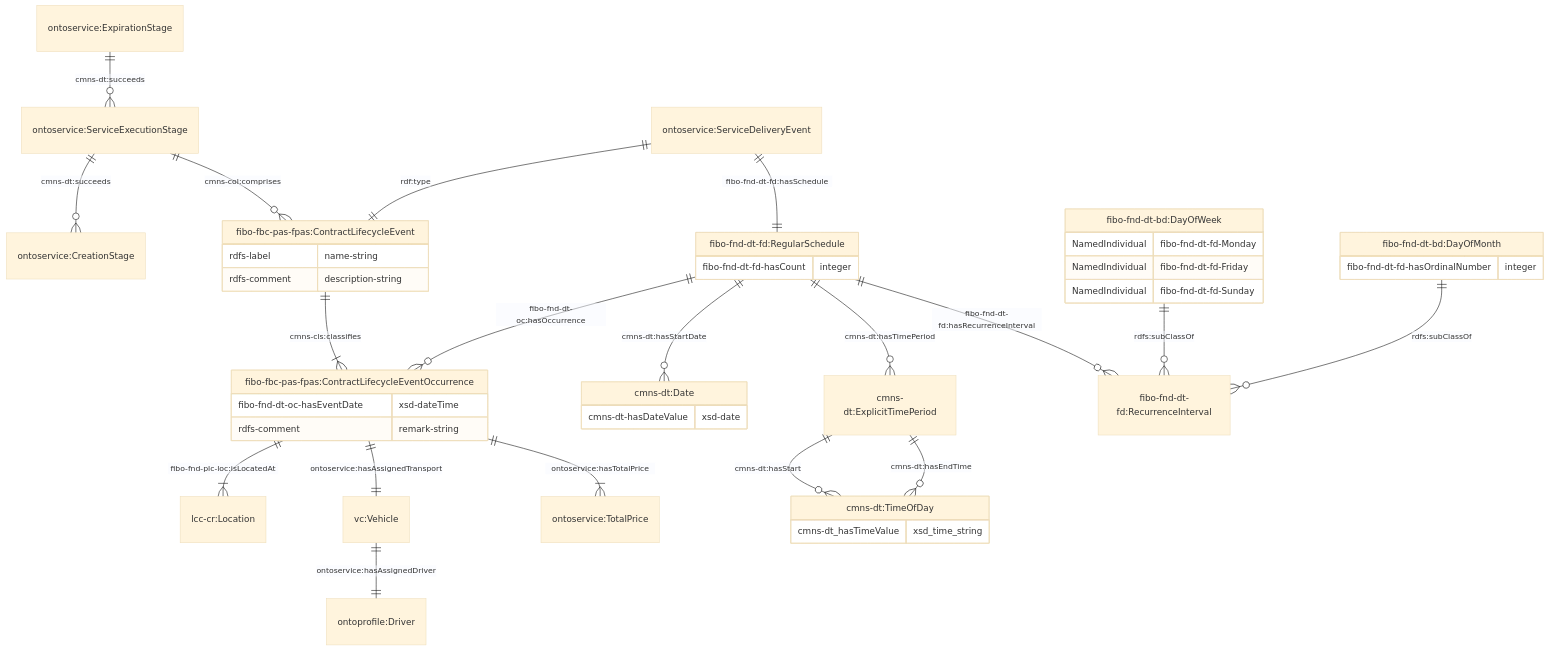
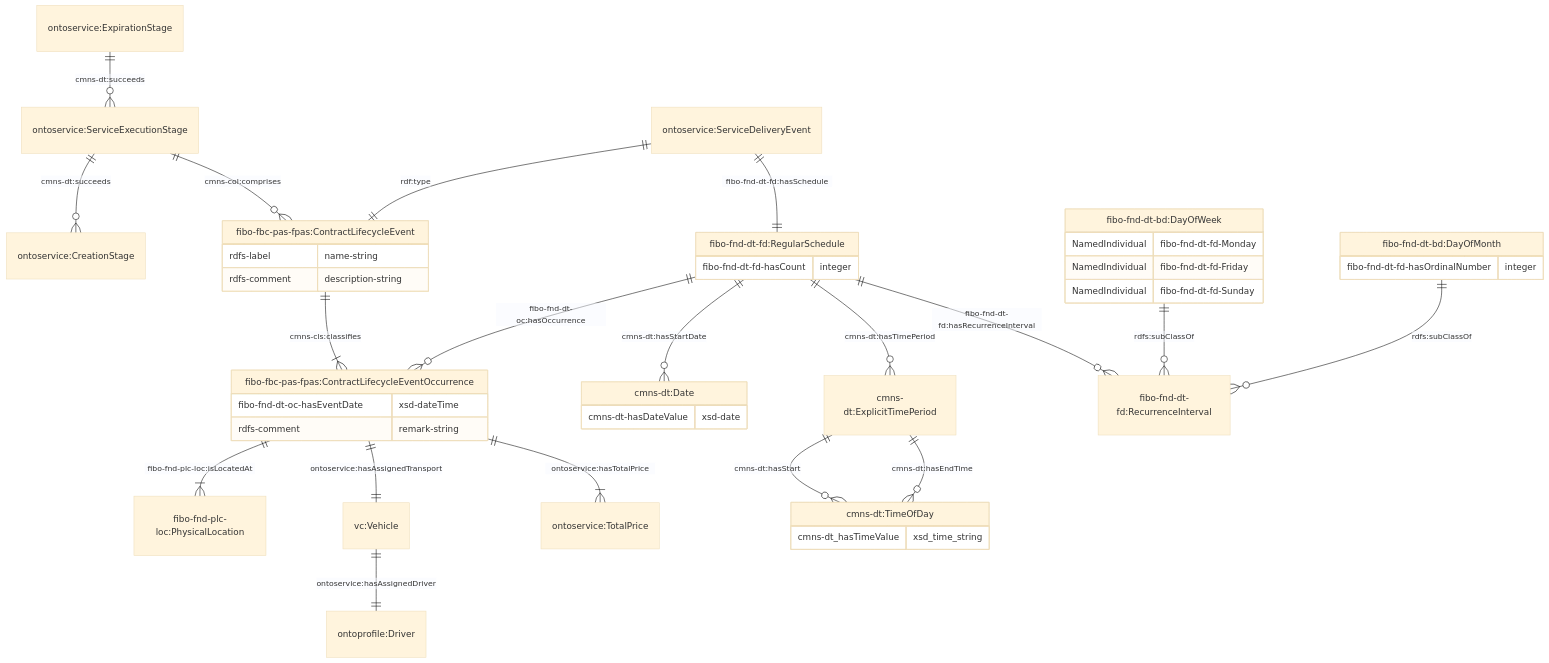
The seventh of 8 diagrams in JPS_Ontology/ontology/ontoservice/README.md (cambridge-cares/TheWorldAvatar), drawn with Mermaid (base theme) before and after one commit. The commit also changed other lines of this file and 1 other file, not shown here.

Commit message:
dev-ontowastemanagement: Update to use physical location instead of location

````diff
--- a/JPS_Ontology/ontology/ontoservice/README.md
+++ b/JPS_Ontology/ontology/ontoservice/README.md
@@ -256,48 +262,48 @@
 ```mermaid
     erDiagram
     "ontoservice:ServiceExecutionStage" ||--o{ "ontoservice:CreationStage" : "cmns-dt:succeeds"
     "ontoservice:ExpirationStage" ||--o{ "ontoservice:ServiceExecutionStage" : "cmns-dt:succeeds"
     "ontoservice:ServiceExecutionStage" ||--o{ "fibo-fbc-pas-fpas:ContractLifecycleEvent" : "cmns-col:comprises"
     "fibo-fbc-pas-fpas:ContractLifecycleEvent" {
         rdfs-label name-string
         rdfs-comment description-string
     }
     "ontoservice:ServiceDeliveryEvent" ||--|| "fibo-fbc-pas-fpas:ContractLifecycleEvent" : "rdf:type"
     "ontoservice:ServiceDeliveryEvent" ||--|| "fibo-fnd-dt-fd:RegularSchedule" : "fibo-fnd-dt-fd:hasSchedule"
     "fibo-fnd-dt-fd:RegularSchedule" ||--o{ "fibo-fbc-pas-fpas:ContractLifecycleEventOccurrence" : "fibo-fnd-dt-oc:hasOccurrence"
     "fibo-fnd-dt-fd:RegularSchedule" {
         fibo-fnd-dt-fd-hasCount integer
     }
 
     "fibo-fnd-dt-fd:RegularSchedule" ||--o{ "cmns-dt:Date" : "cmns-dt:hasStartDate"
     "cmns-dt:Date" {
         cmns-dt-hasDateValue xsd-date
     }
     "fibo-fnd-dt-fd:RegularSchedule" ||--o{ "cmns-dt:ExplicitTimePeriod" : "cmns-dt:hasTimePeriod"
     "cmns-dt:ExplicitTimePeriod" ||--o{ "cmns-dt:TimeOfDay" : "cmns-dt:hasStart"
     "cmns-dt:ExplicitTimePeriod" ||--o{ "cmns-dt:TimeOfDay" : "cmns-dt:hasEndTime"
     "cmns-dt:TimeOfDay" {
         cmns-dt_hasTimeValue xsd_time_string
     }
     "fibo-fnd-dt-fd:RegularSchedule" ||--o{ "fibo-fnd-dt-fd:RecurrenceInterval" : "fibo-fnd-dt-fd:hasRecurrenceInterval"
     "fibo-fnd-dt-bd:DayOfWeek" ||--o{ "fibo-fnd-dt-fd:RecurrenceInterval" : "rdfs:subClassOf"
     "fibo-fnd-dt-bd:DayOfWeek" {
         NamedIndividual fibo-fnd-dt-fd-Monday
         NamedIndividual fibo-fnd-dt-fd-Friday
         NamedIndividual fibo-fnd-dt-fd-Sunday
     }
     "fibo-fnd-dt-bd:DayOfMonth" ||--o{ "fibo-fnd-dt-fd:RecurrenceInterval" : "rdfs:subClassOf"
     "fibo-fnd-dt-bd:DayOfMonth" {
         fibo-fnd-dt-fd-hasOrdinalNumber integer
     }
 
     "fibo-fbc-pas-fpas:ContractLifecycleEvent" ||--|{ "fibo-fbc-pas-fpas:ContractLifecycleEventOccurrence" : "cmns-cls:classifies"
-    "fibo-fbc-pas-fpas:ContractLifecycleEventOccurrence" ||--|{ "lcc-cr:Location" : "fibo-fnd-plc-loc:isLocatedAt"
+    "fibo-fbc-pas-fpas:ContractLifecycleEventOccurrence" ||--|{ "fibo-fnd-plc-loc:PhysicalLocation" : "fibo-fnd-plc-loc:isLocatedAt"
     "fibo-fbc-pas-fpas:ContractLifecycleEventOccurrence" ||--|| "vc:Vehicle" : "ontoservice:hasAssignedTransport"
     "vc:Vehicle" ||--|| "ontoprofile:Driver" : "ontoservice:hasAssignedDriver"
     "fibo-fbc-pas-fpas:ContractLifecycleEventOccurrence" ||--|{ "ontoservice:TotalPrice" : "ontoservice:hasTotalPrice"
     "fibo-fbc-pas-fpas:ContractLifecycleEventOccurrence" {
         fibo-fnd-dt-oc-hasEventDate xsd-dateTime
         rdfs-comment remark-string
     }
 ```
````
